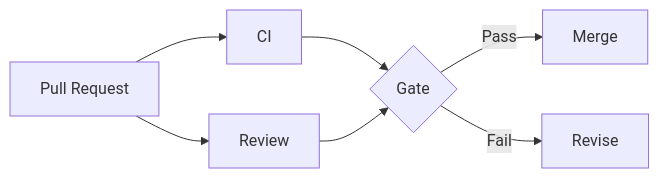
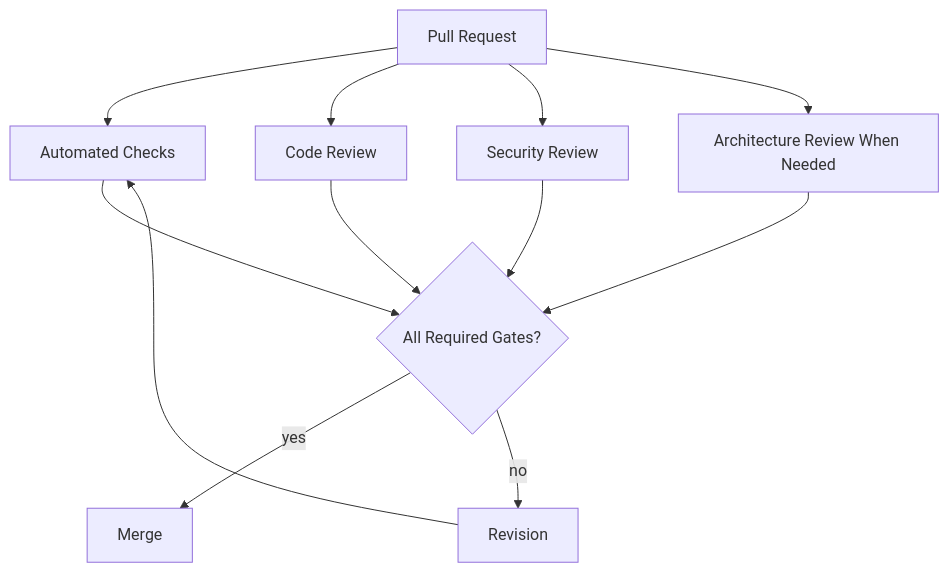
One commit to D-engahmed/OMILINKS changed the diagram in docs/engineering/PR-policy.md. Above: the diagram before and after it, drawn with Mermaid. The commit also changed other lines of this file and 4 other files, not shown here.

````diff
--- a/docs/engineering/PR-policy.md
+++ b/docs/engineering/PR-policy.md
@@ -13,9 +24,14 @@
-```mermaid
-flowchart LR
-PR[Pull Request] --> CI[CI]
-PR --> REVIEW[Review]
-CI --> GATE{Gate}
-REVIEW --> GATE
-GATE -->|Pass| MERGE[Merge]
-GATE -->|Fail| FIX[Revise]
-```
+~~~mermaid
+flowchart TD
+PR[Pull Request] --> CI[Automated Checks]
+PR --> CODE[Code Review]
+PR --> SECURITY[Security Review]
+PR --> ARCH[Architecture Review When Needed]
+CI --> GATE{All Required Gates?}
+CODE --> GATE
+SECURITY --> GATE
+ARCH --> GATE
+GATE -->|yes| MERGE[Merge]
+GATE -->|no| CHANGE[Revision]
+CHANGE --> CI
+~~~
````
